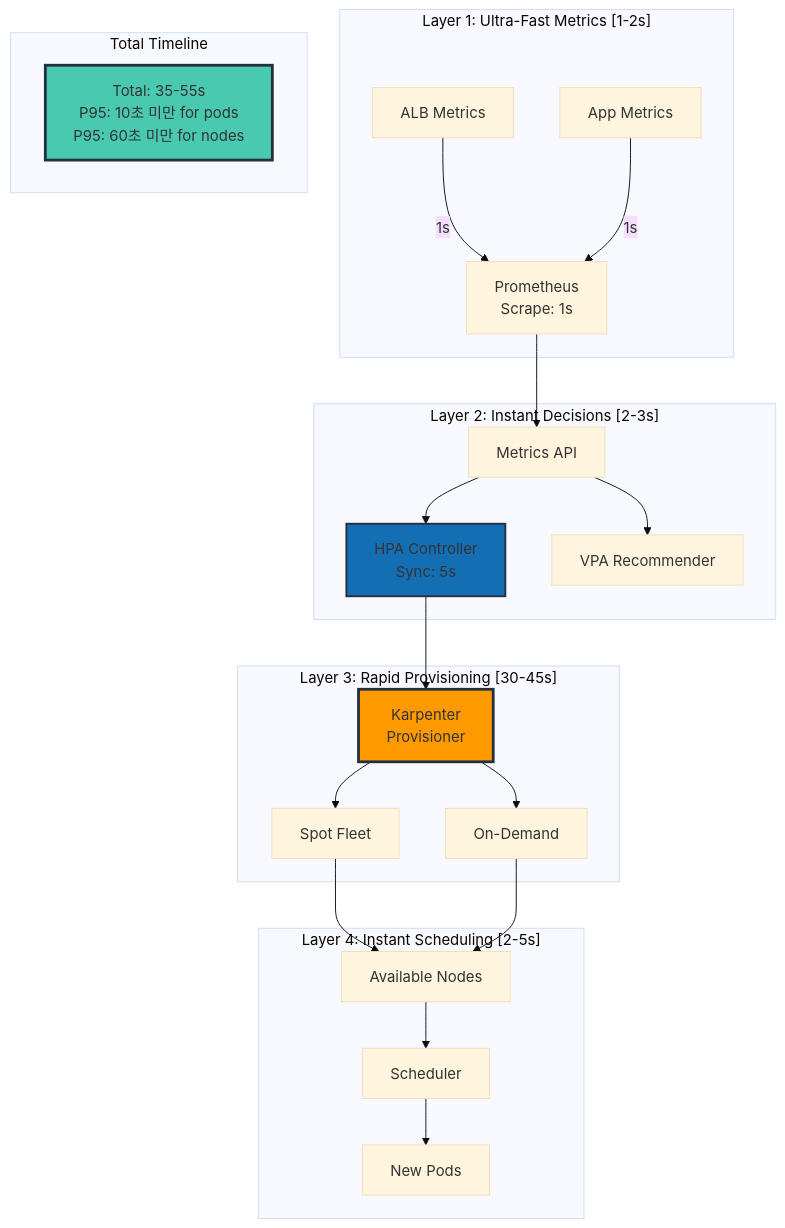
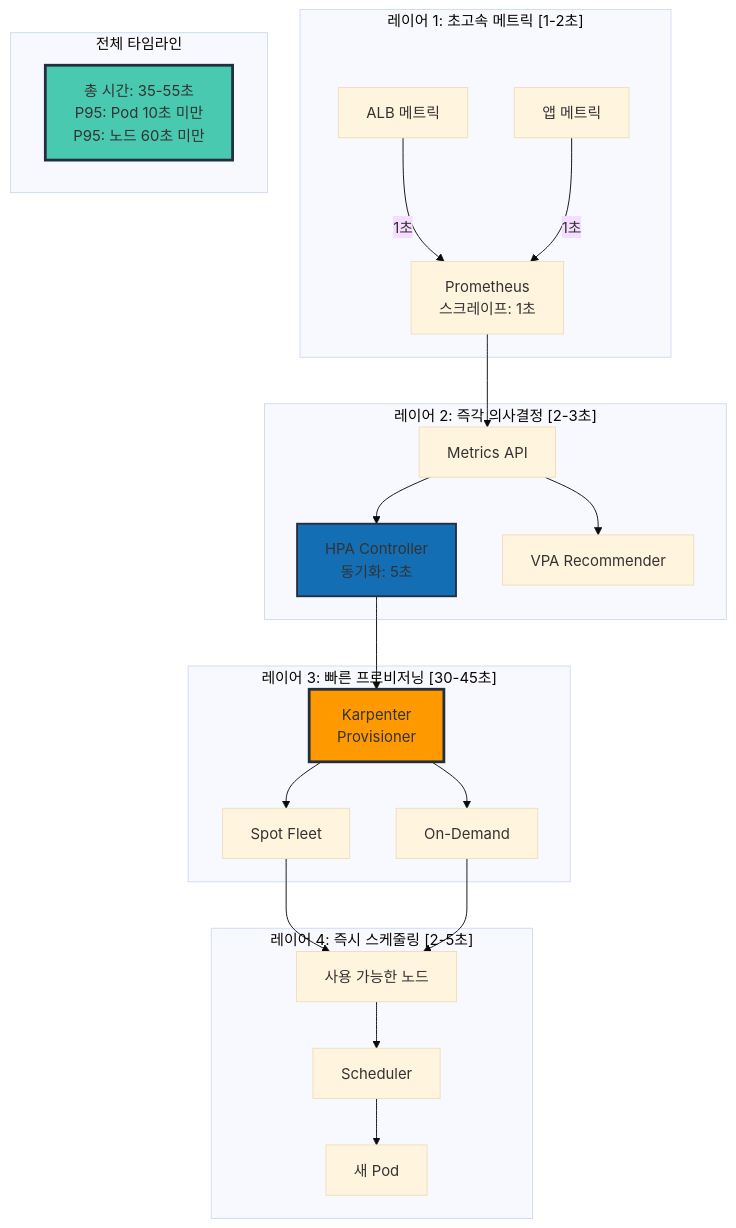
One commit to devfloor9/engineering-playbook changed the seventh of 13 diagrams in docs/performance-networking/karpenter-autoscaling.md. Above: the diagram before and after it, drawn with Mermaid (base theme). The commit also changed other lines of this file and 30 other files, not shown here.

````diff
--- a/docs/performance-networking/karpenter-autoscaling.md
+++ b/docs/performance-networking/karpenter-autoscaling.md
@@ -109,51 +269,51 @@
 ```mermaid
 graph TB
-    subgraph "Layer 1: Ultra-Fast Metrics [1-2s]"
-        ALB[ALB Metrics]
-        APP[App Metrics]
-        PROM[Prometheus<br/>Scrape: 1s]
+    subgraph "레이어 1: 초고속 메트릭 [1-2초]"
+        ALB[ALB 메트릭]
+        APP[앱 메트릭]
+        PROM[Prometheus<br/>스크레이프: 1초]
 
-        ALB -->|1s| PROM
-        APP -->|1s| PROM
+        ALB -->|1초| PROM
+        APP -->|1초| PROM
     end
 
-    subgraph "Layer 2: Instant Decisions [2-3s]"
+    subgraph "레이어 2: 즉각 의사결정 [2-3초]"
         MA[Metrics API]
-        HPA[HPA Controller<br/>Sync: 5s]
+        HPA[HPA Controller<br/>동기화: 5초]
         VPA[VPA Recommender]
 
         PROM --> MA
         MA --> HPA
         MA --> VPA
     end
 
-    subgraph "Layer 3: Rapid Provisioning [30-45s]"
+    subgraph "레이어 3: 빠른 프로비저닝 [30-45초]"
         KARP[Karpenter<br/>Provisioner]
         SPOT[Spot Fleet]
         OD[On-Demand]
 
         HPA --> KARP
         KARP --> SPOT
         KARP --> OD
     end
 
-    subgraph "Layer 4: Instant Scheduling [2-5s]"
+    subgraph "레이어 4: 즉시 스케줄링 [2-5초]"
         SCHED[Scheduler]
-        NODE[Available Nodes]
-        POD[New Pods]
+        NODE[사용 가능한 노드]
+        POD[새 Pod]
 
         SPOT --> NODE
         OD --> NODE
         NODE --> SCHED
         SCHED --> POD
     end
 
-    subgraph "Total Timeline"
-        TOTAL[Total: 35-55s<br/>P95: 10초 미만 for pods<br/>P95: 60초 미만 for nodes]
+    subgraph "전체 타임라인"
+        TOTAL[총 시간: 35-55초<br/>P95: Pod 10초 미만<br/>P95: 노드 60초 미만]
     end
 
     style KARP fill:#ff9900,stroke:#232f3e,stroke-width:3px
     style HPA fill:#146eb4,stroke:#232f3e,stroke-width:2px
     style TOTAL fill:#48C9B0,stroke:#232f3e,stroke-width:3px
 
 ```
````
